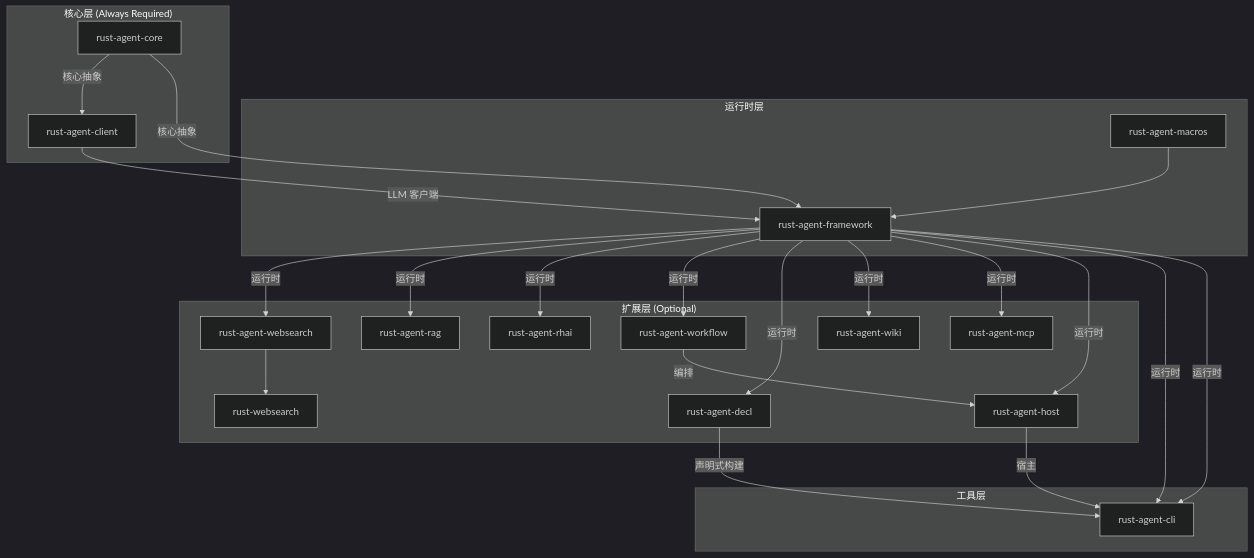
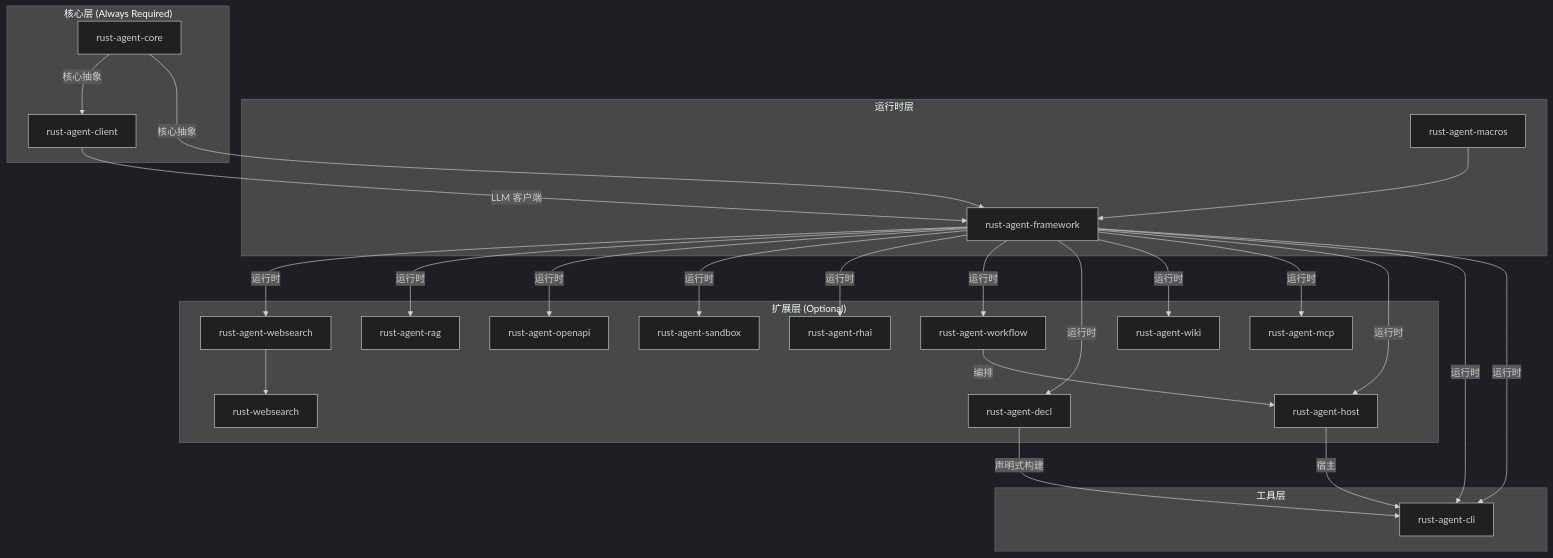
One commit to Rust-Framework/rust-agent-framework changed the diagram in docs/02-core-architecture/crate-map.md. Above: the diagram before and after it, drawn with Mermaid (dark theme). The commit also changed other lines of this file and 16 other files, not shown here.

````diff
--- a/docs/02-core-architecture/crate-map.md
+++ b/docs/02-core-architecture/crate-map.md
@@ -29,52 +31,56 @@
 ```mermaid
 graph TB
     subgraph "扩展层 (Optional)"
         WebSearch[rust-agent-websearch]
         WebSearchLib[rust-websearch]
         RAG[rust-agent-rag]
+        OpenAPI[rust-agent-openapi]
+        Sandbox[rust-agent-sandbox]
         Rhai[rust-agent-rhai]
         Workflow[rust-agent-workflow]
         Decl[rust-agent-decl]
         Wiki[rust-agent-wiki]
         MCP[rust-agent-mcp]
         Host[rust-agent-host]
     end
 
     subgraph "工具层"
         CLI[rust-agent-cli]
     end
 
     subgraph "运行时层"
         Macros[rust-agent-macros]
         Framework[rust-agent-framework]
     end
 
     subgraph "核心层 (Always Required)"
         Core[rust-agent-core]
         Client[rust-agent-client]
     end
 
     Core --> |核心抽象| Client
     Core --> |核心抽象| Framework
     Client --> |LLM 客户端| Framework
     Macros --> Framework
 
     Framework --> |运行时| WebSearch
     Framework --> |运行时| RAG
+    Framework --> |运行时| OpenAPI
+    Framework --> |运行时| Sandbox
     Framework --> |运行时| Rhai
     Framework --> |运行时| Workflow
     Framework --> |运行时| Decl
     Framework --> |运行时| Wiki
     Framework --> |运行时| MCP
     Framework --> |运行时| Host
 
     WebSearch --> WebSearchLib
 
     Workflow --> |编排| Host
     Host --> |宿主| CLI
 
     Framework --> |运行时| CLI
 
     Framework --> |运行时| CLI
     Decl --> |声明式构建| CLI
 ```
````
